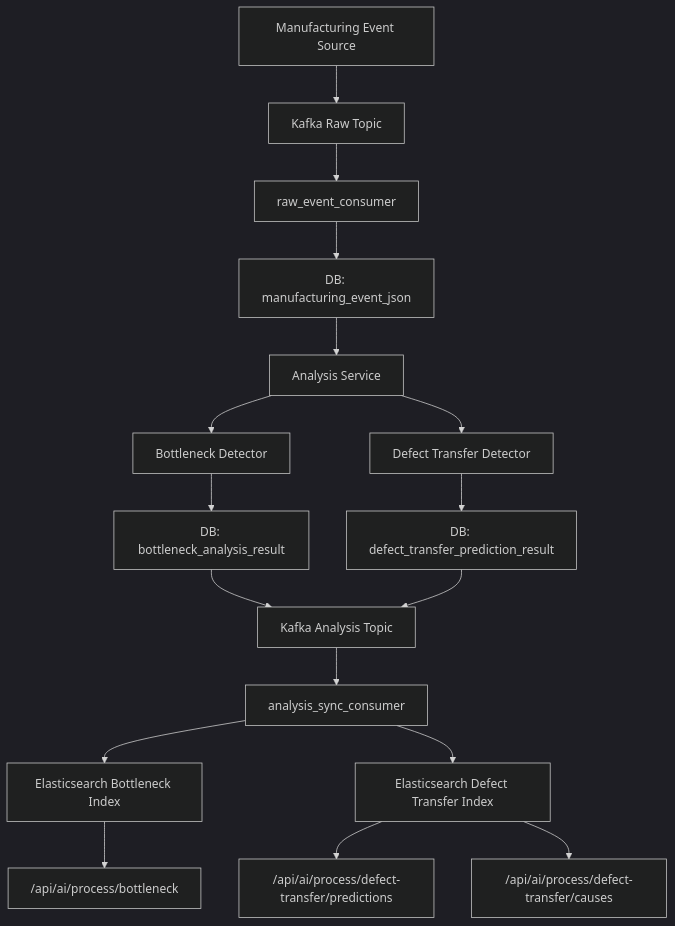
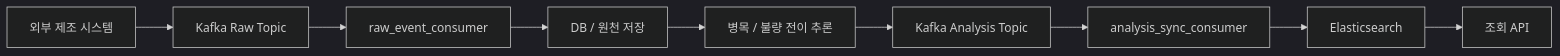
The second of 3 diagrams in README.md (SK-Rookies-AIMS/ai-service), drawn with Mermaid (dark theme) before and after one commit. The commit also changed other lines of this file, not shown here.

````diff
--- a/README.md
+++ b/README.md
@@ -313,19 +271,11 @@
 ```mermaid
-flowchart TD
-    A["Manufacturing Event Source"] --> B["Kafka Raw Topic"]
+flowchart LR
+    A["외부 제조 시스템"] --> B["Kafka Raw Topic"]
     B --> C["raw_event_consumer"]
-    C --> D["DB: manufacturing_event_json"]
-    D --> E["Analysis Service"]
-    E --> F1["Bottleneck Detector"]
-    E --> F2["Defect Transfer Detector"]
-    F1 --> G1["DB: bottleneck_analysis_result"]
-    F2 --> G2["DB: defect_transfer_prediction_result"]
-    G1 --> H1["Kafka Analysis Topic"]
-    G2 --> H1
-    H1 --> I["analysis_sync_consumer"]
-    I --> J1["Elasticsearch Bottleneck Index"]
-    I --> J2["Elasticsearch Defect Transfer Index"]
-    J1 --> K1["/api/ai/process/bottleneck"]
-    J2 --> K2["/api/ai/process/defect-transfer/predictions"]
-    J2 --> K3["/api/ai/process/defect-transfer/causes"]
+    C --> D["DB / 원천 저장"]
+    D --> E["병목 / 불량 전이 추론"]
+    E --> F["Kafka Analysis Topic"]
+    F --> G["analysis_sync_consumer"]
+    G --> H["Elasticsearch"]
+    H --> I["조회 API"]
 ```
````
